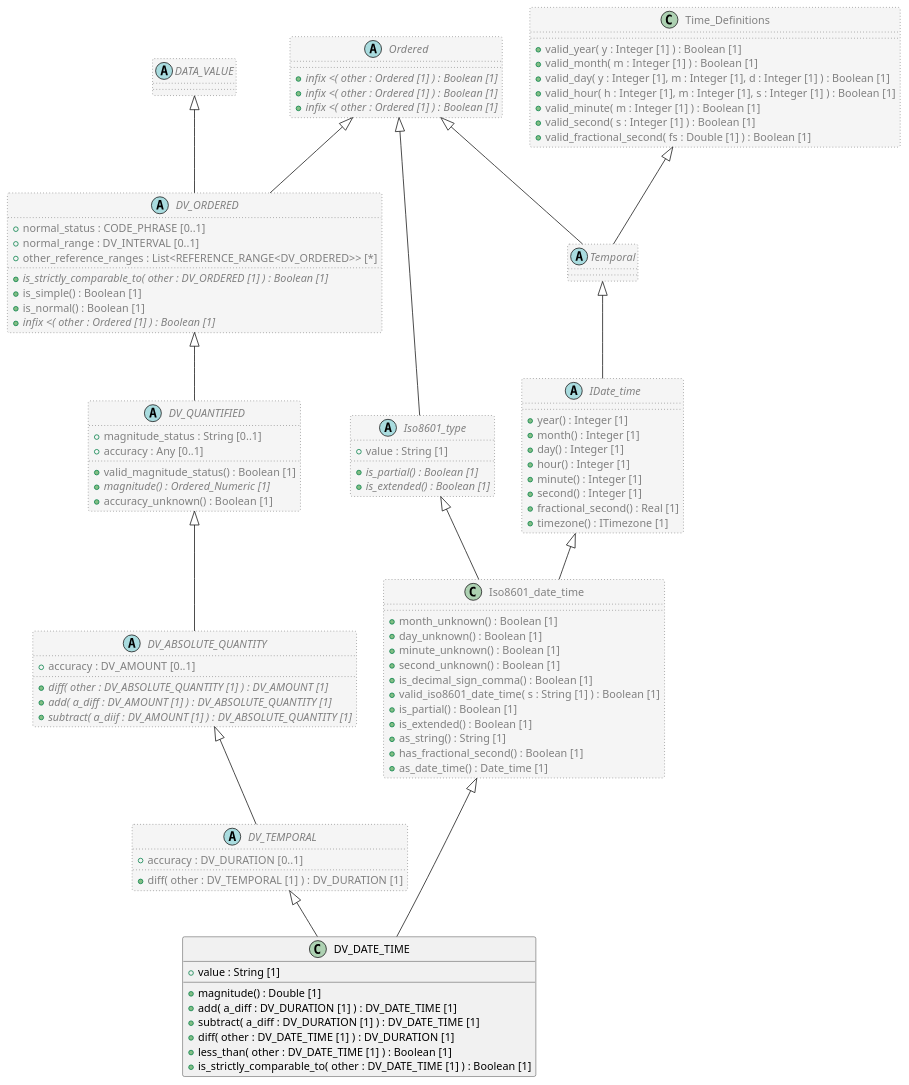
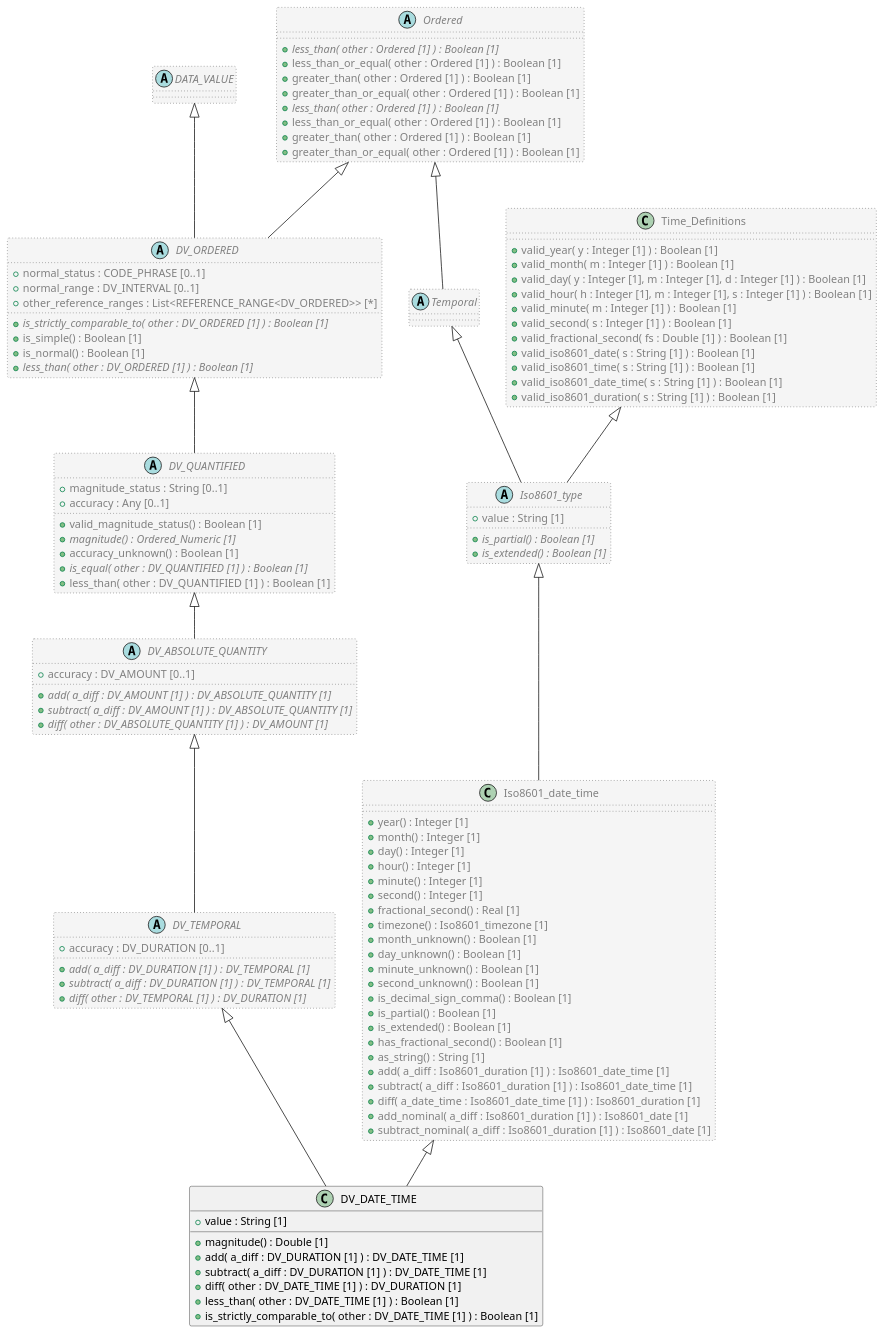
The diagram in code/Adoc/openehr_rm_1.1.0/plantUML/classes/org.openehr.rm.data_types.dv_date_time.adoc (sebastian-iancu/code-generator), drawn with PlantUML before and after one commit. The commit also changed 719 other files, not shown here.

```diff
--- a/code/Adoc/openehr_rm_1.1.0/plantUML/classes/org.openehr.rm.data_types.dv_date_time.adoc
+++ b/code/Adoc/openehr_rm_1.1.0/plantUML/classes/org.openehr.rm.data_types.dv_date_time.adoc
@@ -14,14 +14,16 @@
 
 abstract class DV_TEMPORAL  #whitesmoke;line:gray;line.dotted;text:gray {
   + accuracy : DV_DURATION [0..1]
-  + diff( other : DV_TEMPORAL [1] ) : DV_DURATION [1]
+  + {abstract} add( a_diff : DV_DURATION [1] ) : DV_TEMPORAL [1]
+  + {abstract} subtract( a_diff : DV_DURATION [1] ) : DV_TEMPORAL [1]
+  + {abstract} diff( other : DV_TEMPORAL [1] ) : DV_DURATION [1]
 }
 
 abstract class DV_ABSOLUTE_QUANTITY  #whitesmoke;line:gray;line.dotted;text:gray {
   + accuracy : DV_AMOUNT [0..1]
+  + {abstract} add( a_diff : DV_AMOUNT [1] ) : DV_ABSOLUTE_QUANTITY [1]
+  + {abstract} subtract( a_diff : DV_AMOUNT [1] ) : DV_ABSOLUTE_QUANTITY [1]
   + {abstract} diff( other : DV_ABSOLUTE_QUANTITY [1] ) : DV_AMOUNT [1]
-  + {abstract} add( a_diff : DV_AMOUNT [1] ) : DV_ABSOLUTE_QUANTITY [1]
-  + {abstract} subtract( a_diif : DV_AMOUNT [1] ) : DV_ABSOLUTE_QUANTITY [1]
 }
 
 abstract class DV_QUANTIFIED  #whitesmoke;line:gray;line.dotted;text:gray {
@@ -30,6 +32,8 @@
   + valid_magnitude_status() : Boolean [1]
   + {abstract} magnitude() : Ordered_Numeric [1]
   + accuracy_unknown() : Boolean [1]
+  + {abstract} is_equal( other : DV_QUANTIFIED [1] ) : Boolean [1]
+  + less_than( other : DV_QUANTIFIED [1] ) : Boolean [1]
 }
 
 abstract class DV_ORDERED  #whitesmoke;line:gray;line.dotted;text:gray {
@@ -39,7 +43,7 @@
   + {abstract} is_strictly_comparable_to( other : DV_ORDERED [1] ) : Boolean [1]
   + is_simple() : Boolean [1]
   + is_normal() : Boolean [1]
-  + {abstract} infix <( other : Ordered [1] ) : Boolean [1]
+  + {abstract} less_than( other : DV_ORDERED [1] ) : Boolean [1]
 }
 
 abstract class DATA_VALUE  #whitesmoke;line:gray;line.dotted;text:gray {
@@ -48,7 +52,10 @@
 DATA_VALUE <|-- DV_ORDERED
 
 abstract class Ordered  #whitesmoke;line:gray;line.dotted;text:gray {
-  + {abstract} infix <( other : Ordered [1] ) : Boolean [1]
+  + {abstract} less_than( other : Ordered [1] ) : Boolean [1]
+  + less_than_or_equal( other : Ordered [1] ) : Boolean [1]
+  + greater_than( other : Ordered [1] ) : Boolean [1]
+  + greater_than_or_equal( other : Ordered [1] ) : Boolean [1]
 }
 
 Ordered <|-- DV_ORDERED
@@ -62,17 +69,28 @@
 DV_TEMPORAL <|-- DV_DATE_TIME
 
 class Iso8601_date_time  #whitesmoke;line:gray;line.dotted;text:gray {
+  + year() : Integer [1]
+  + month() : Integer [1]
+  + day() : Integer [1]
+  + hour() : Integer [1]
+  + minute() : Integer [1]
+  + second() : Integer [1]
+  + fractional_second() : Real [1]
+  + timezone() : Iso8601_timezone [1]
   + month_unknown() : Boolean [1]
   + day_unknown() : Boolean [1]
   + minute_unknown() : Boolean [1]
   + second_unknown() : Boolean [1]
   + is_decimal_sign_comma() : Boolean [1]
-  + valid_iso8601_date_time( s : String [1] ) : Boolean [1]
   + is_partial() : Boolean [1]
   + is_extended() : Boolean [1]
+  + has_fractional_second() : Boolean [1]
   + as_string() : String [1]
-  + has_fractional_second() : Boolean [1]
-  + as_date_time() : Date_time [1]
+  + add( a_diff : Iso8601_duration [1] ) : Iso8601_date_time [1]
+  + subtract( a_diff : Iso8601_duration [1] ) : Iso8601_date_time [1]
+  + diff( a_date_time : Iso8601_date_time [1] ) : Iso8601_duration [1]
+  + add_nominal( a_diff : Iso8601_duration [1] ) : Iso8601_date [1]
+  + subtract_nominal( a_diff : Iso8601_duration [1] ) : Iso8601_date [1]
 }
 
 abstract class Iso8601_type  #whitesmoke;line:gray;line.dotted;text:gray {
@@ -81,33 +99,19 @@
   + {abstract} is_extended() : Boolean [1]
 }
 
-abstract class Ordered  #whitesmoke;line:gray;line.dotted;text:gray {
-  + {abstract} infix <( other : Ordered [1] ) : Boolean [1]
-}
-
-Ordered <|-- Iso8601_type
-
-Iso8601_type <|-- Iso8601_date_time
-
-abstract class IDate_time  #whitesmoke;line:gray;line.dotted;text:gray {
-  + year() : Integer [1]
-  + month() : Integer [1]
-  + day() : Integer [1]
-  + hour() : Integer [1]
-  + minute() : Integer [1]
-  + second() : Integer [1]
-  + fractional_second() : Real [1]
-  + timezone() : ITimezone [1]
-}
-
 abstract class Temporal  #whitesmoke;line:gray;line.dotted;text:gray {
 }
 
 abstract class Ordered  #whitesmoke;line:gray;line.dotted;text:gray {
-  + {abstract} infix <( other : Ordered [1] ) : Boolean [1]
+  + {abstract} less_than( other : Ordered [1] ) : Boolean [1]
+  + less_than_or_equal( other : Ordered [1] ) : Boolean [1]
+  + greater_than( other : Ordered [1] ) : Boolean [1]
+  + greater_than_or_equal( other : Ordered [1] ) : Boolean [1]
 }
 
 Ordered <|-- Temporal
+
+Temporal <|-- Iso8601_type
 
 class Time_Definitions  #whitesmoke;line:gray;line.dotted;text:gray {
   + valid_year( y : Integer [1] ) : Boolean [1]
@@ -117,13 +121,15 @@
   + valid_minute( m : Integer [1] ) : Boolean [1]
   + valid_second( s : Integer [1] ) : Boolean [1]
   + valid_fractional_second( fs : Double [1] ) : Boolean [1]
+  + valid_iso8601_date( s : String [1] ) : Boolean [1]
+  + valid_iso8601_time( s : String [1] ) : Boolean [1]
+  + valid_iso8601_date_time( s : String [1] ) : Boolean [1]
+  + valid_iso8601_duration( s : String [1] ) : Boolean [1]
 }
 
-Time_Definitions <|-- Temporal
+Time_Definitions <|-- Iso8601_type
 
-Temporal <|-- IDate_time
-
-IDate_time <|-- Iso8601_date_time
+Iso8601_type <|-- Iso8601_date_time
 
 Iso8601_date_time <|-- DV_DATE_TIME
 
```
